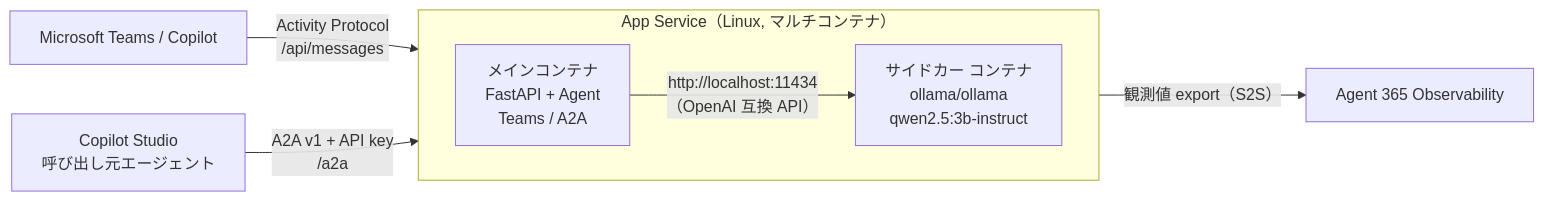
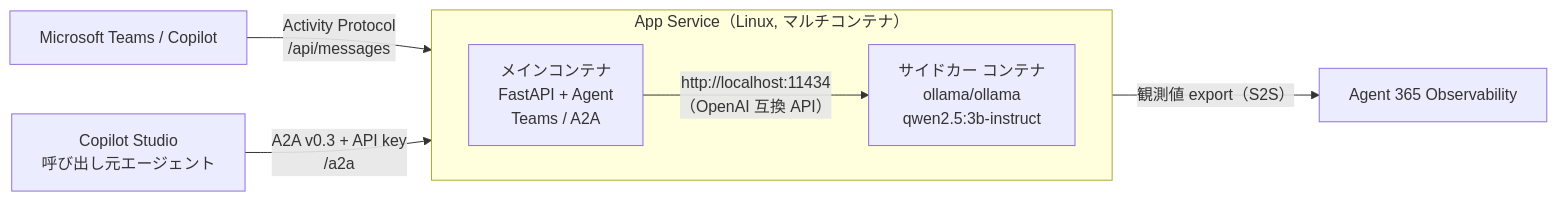
One commit to fatman3110/Agent365-Training changed the diagram in docs/part1c-custom-agent.md. Above: the diagram before and after it, drawn with Mermaid. The commit also changed other lines of this file and 5 other files, not shown here.

Commit message:
Support Copilot Studio A2A v0.3

````diff
--- a/docs/part1c-custom-agent.md
+++ b/docs/part1c-custom-agent.md
@@ -181,14 +183,14 @@
 ```mermaid
 flowchart LR
   Teams["Microsoft Teams / Copilot"] -->|"Activity Protocol<br/>/api/messages"| Agent
-  CopilotStudio["Copilot Studio<br/>呼び出し元エージェント"] -->|"A2A v1 + API key<br/>/a2a"| Agent
+  CopilotStudio["Copilot Studio<br/>呼び出し元エージェント"] -->|"A2A v0.3 + API key<br/>/a2a"| Agent
 
     subgraph AppSvc["App Service（Linux, マルチコンテナ）"]
         direction LR
     Agent["メインコンテナ<br/>FastAPI + Agent<br/>Teams / A2A"]
         Ollama["サイドカー コンテナ<br/>ollama/ollama<br/>qwen2.5:3b-instruct"]
         Agent -->|"http://localhost:11434\n（OpenAI 互換 API）"| Ollama
     end
 
     Agent -->|"観測値 export（S2S）"| MAC["Agent 365 Observability"]
 ```
````
